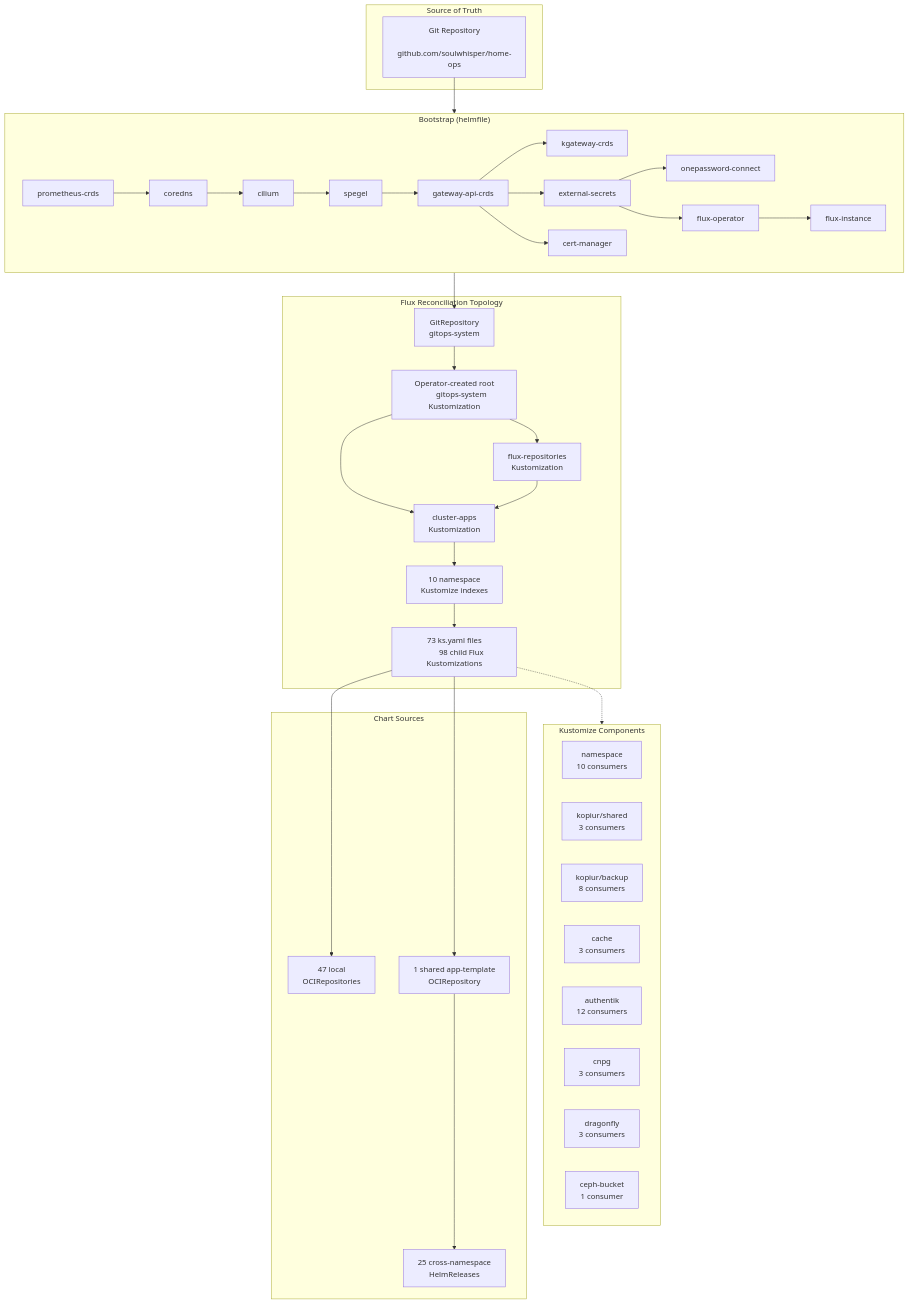
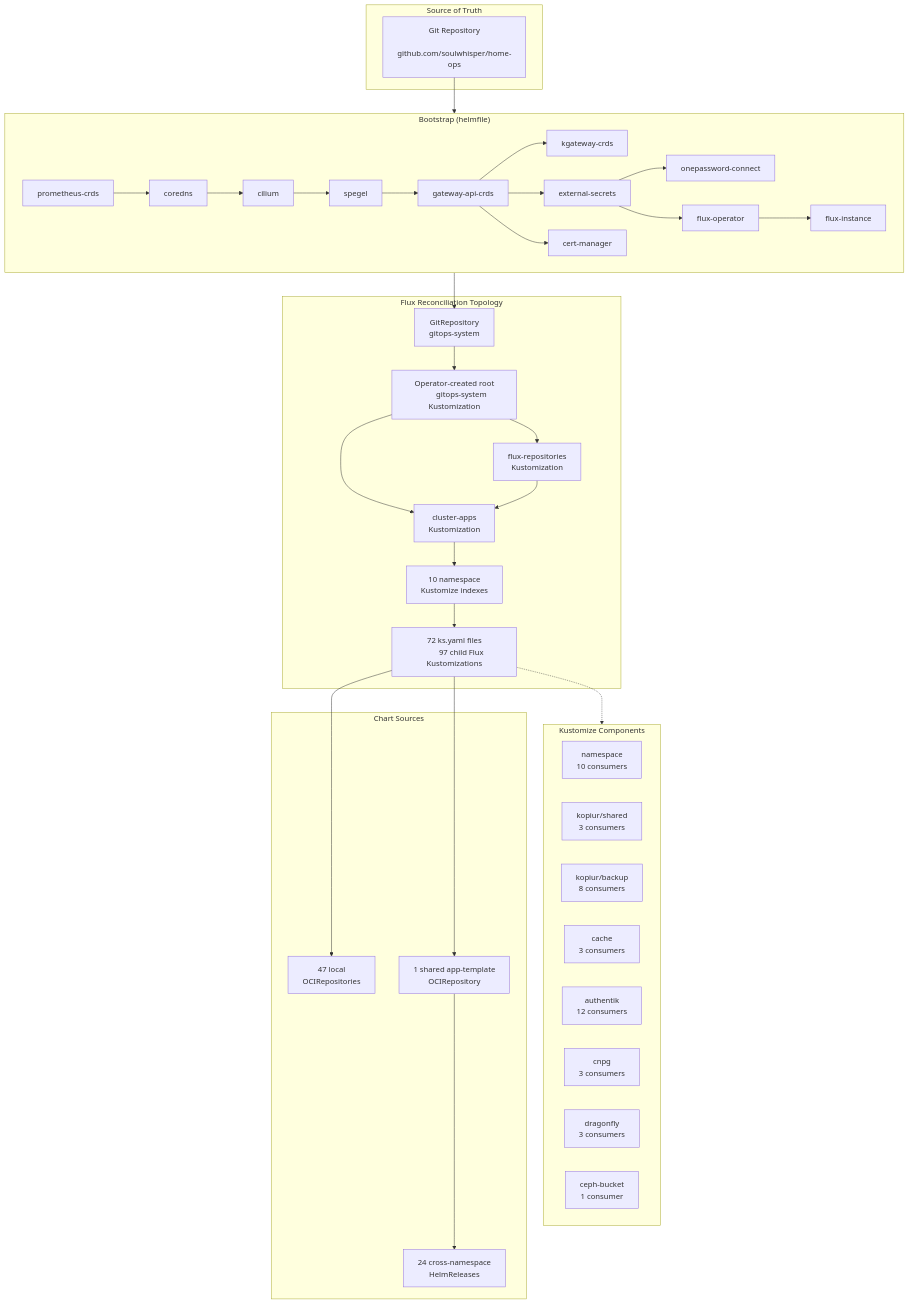
Before and after one commit to soulwhisper/home-ops: the diagram in docs/infrastructure/kubernetes.md, drawn with Mermaid. The commit also changed other lines of this file and 13 other files, not shown here.

````diff
--- a/docs/infrastructure/kubernetes.md
+++ b/docs/infrastructure/kubernetes.md
@@ -12,71 +12,71 @@
 ```mermaid
 flowchart TB
     subgraph Source["Source of Truth"]
         GIT["Git Repository
         github.com/soulwhisper/home-ops"]
     end
 
     subgraph Bootstrap["Bootstrap (helmfile)"]
         direction LR
         B1["prometheus-crds"] --> B2["coredns"]
         B2 --> B3["cilium"]
         B3 --> B4["spegel"]
         B4 --> B5["gateway-api-crds"]
         B5 --> B6["kgateway-crds"]
         B5 --> B7["external-secrets"]
         B5 --> B8["cert-manager"]
         B7 --> B9["onepassword-connect"]
         B7 --> B11["flux-operator"]
         B11 --> B12["flux-instance"]
     end
 
     subgraph FluxTopo["Flux Reconciliation Topology"]
         GR["GitRepository
         gitops-system"] --> ROOT["Operator-created root
         gitops-system Kustomization"]
         ROOT --> FR["flux-repositories
         Kustomization"]
         ROOT --> CA["cluster-apps
         Kustomization"]
         FR --> CA
         CA --> NS["10 namespace
         Kustomize indexes"]
-        NS --> APPS["73 ks.yaml files
-        98 child Flux Kustomizations"]
+        NS --> APPS["72 ks.yaml files
+        97 child Flux Kustomizations"]
     end
 
     subgraph Components["Kustomize Components"]
         NS_COMP["namespace
         10 consumers"]
         KOPIUR_SECRET["kopiur/shared
         3 consumers"]
         KOPIUR_BACKUP["kopiur/backup
         8 consumers"]
         CACHE["cache
         3 consumers"]
         AUTHENTIK["authentik
         12 consumers"]
         CNPG["cnpg
         3 consumers"]
         DRAGONFLY["dragonfly
         3 consumers"]
         CEPH["ceph-bucket
         1 consumer"]
     end
 
     subgraph Charts["Chart Sources"]
         OCI_OWN["47 local
         OCIRepositories"]
         OCI_TPL["1 shared app-template
         OCIRepository"]
-        CROSS["25 cross-namespace
+        CROSS["24 cross-namespace
         HelmReleases"]
     end
 
     GIT --> Bootstrap
     Bootstrap --> GR
     APPS -.-> Components
     APPS --> OCI_OWN
     APPS --> OCI_TPL
     OCI_TPL --> CROSS
 ```
````
